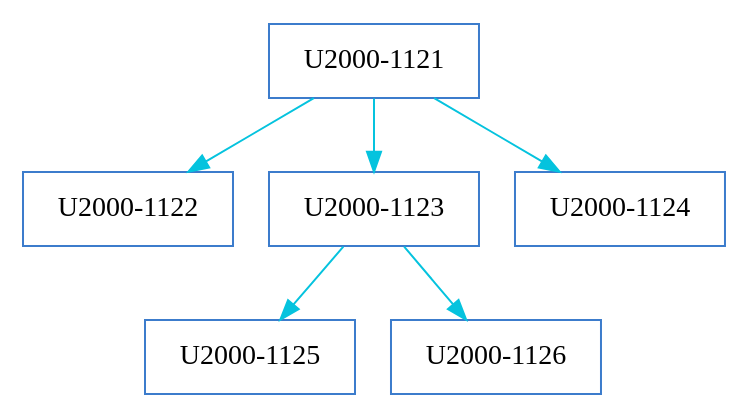
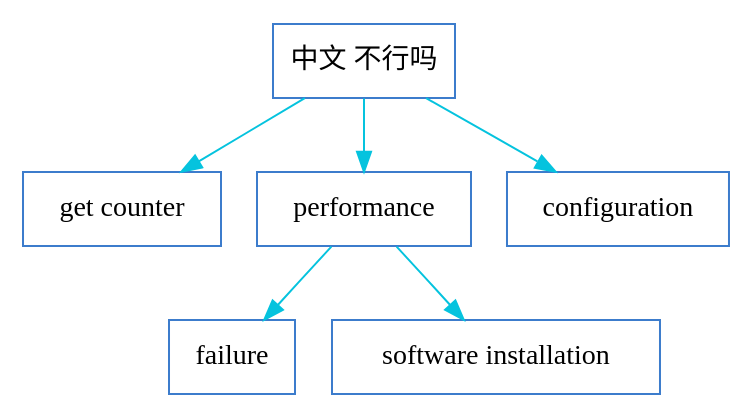
One commit to abruzzi/dep-viz changed the diagram in U2000-1121.dot. Above: the diagram before and after it, drawn with Graphviz. The commit also changed 2 other files, not shown here.

```diff
--- a/U2000-1121.dot
+++ b/U2000-1121.dot
@@ -1,17 +1,17 @@
 digraph G {
 	graph [fontname="PT Mono"];
 	node [label="\N", color="#3C7CCC", shape=record];
 	edge [color="#05c3de"];
-	graph [bb="0,0,294,186"];
-	"U2000-1121" [label="U2000-1121", pos="147,167", rects="103.87,149,190.13,185", width="1.1962", height="0.51389"];
-	"U2000-1122" [label="U2000-1122", pos="43,93", rects="-0.12988,75,86.13,111", width="1.1962", height="0.51389"];
-	"U2000-1123" [label="U2000-1123", pos="147,93", rects="103.87,75,190.13,111", width="1.1962", height="0.51389"];
-	"U2000-1124" [label="U2000-1124", pos="251,93", rects="207.87,75,294.13,111", width="1.1962", height="0.51389"];
-	"U2000-1125" [label="U2000-1125", pos="95,19", rects="51.87,1,138.13,37", width="1.1962", height="0.51389"];
-	"U2000-1126" [label="U2000-1126", pos="199,19", rects="155.87,1,242.13,37", width="1.1962", height="0.51389"];
-	"U2000-1121" -> "U2000-1122" [pos="e,67.83,111.19 122.35,148.94 108.6,139.41 91.266,127.41 76.314,117.06"];
-	"U2000-1121" -> "U2000-1123" [pos="e,147,111.44 147,148.94 147,140.81 147,130.88 147,121.7"];
-	"U2000-1121" -> "U2000-1124" [pos="e,226.17,111.19 171.65,148.94 185.4,139.41 202.73,127.41 217.69,117.06"];
-	"U2000-1123" -> "U2000-1125" [pos="e,107.6,37.441 134.68,74.937 128.36,66.189 120.53,55.354 113.51,45.626"];
-	"U2000-1123" -> "U2000-1126" [pos="e,186.4,37.441 159.32,74.937 165.64,66.189 173.47,55.354 180.49,45.626"];
+	graph [bb="0,0,292,186"];
+	"U2000-1121" [label="中文 不行吗", pos="140,167", rects="95.25,149,184.75,185", width="1.2326", height="0.51389"];
+	"U2000-1122" [label="get counter", pos="39,93", rects="-0.2915,75,78.292,111", width="1.0874", height="0.51389"];
+	"U2000-1123" [label=performance, pos="140,93", rects="96.634,75,183.37,111", width="1.1995", height="0.51389"];
+	"U2000-1124" [label=configuration, pos="247,93", rects="201.67,75,292.33,111", width="1.2546", height="0.51389"];
+	"U2000-1125" [label=failure, pos="85,19", rects="58,1,111.53,37", width="0.75", height="0.51389"];
+	"U2000-1126" [label="software installation", pos="195,19", rects="130.04,1,259.96,37", width="1.7911", height="0.51389"];
+	"U2000-1121" -> "U2000-1122" [pos="e,63.114,111.19 116.06,148.94 102.7,139.41 85.874,127.41 71.353,117.06"];
+	"U2000-1121" -> "U2000-1123" [pos="e,140,111.44 140,148.94 140,140.81 140,130.88 140,121.7"];
+	"U2000-1121" -> "U2000-1124" [pos="e,221.45,111.19 165.36,148.94 179.64,139.32 197.68,127.19 213.16,116.77"];
+	"U2000-1123" -> "U2000-1125" [pos="e,98.323,37.441 126.97,74.937 120.28,66.189 112.01,55.354 104.58,45.626"];
+	"U2000-1123" -> "U2000-1126" [pos="e,181.68,37.441 153.03,74.937 159.72,66.189 167.99,55.354 175.42,45.626"];
 }
```
